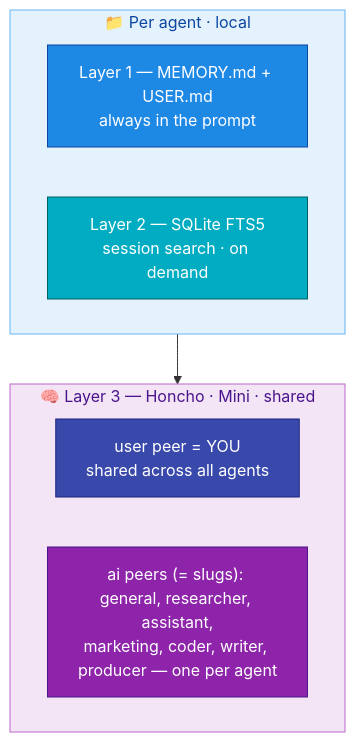
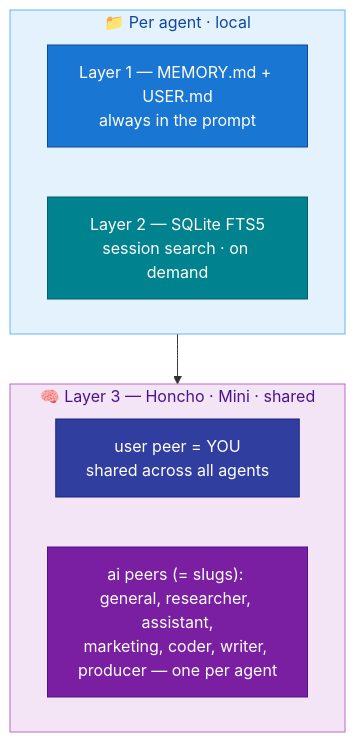
Before and after one commit to mpolatcan/hermes-setup: the first of 2 diagrams in docs/07-memory.md, drawn with Mermaid. The commit also changed other lines of this file and 9 other files, not shown here.

First line of the commit message:
docs: unify mermaid palette to Material Design (legible contrast)

````diff
--- a/docs/07-memory.md
+++ b/docs/07-memory.md
@@ -7,18 +7,18 @@
 ```mermaid
 flowchart TB
     subgraph per["📁 Per agent · local"]
         L1["Layer 1 — MEMORY.md + USER.md<br/>always in the prompt"]:::l1
         L2["Layer 2 — SQLite FTS5<br/>session search · on demand"]:::l2
     end
     subgraph hon["🧠 Layer 3 — Honcho · Mini · shared"]
         user["user peer = YOU<br/>shared across all agents"]:::user
         peers["ai peers (= slugs): general, researcher, assistant,<br/>marketing, coder, writer, producer — one per agent"]:::infra
     end
     per --> hon
-    classDef l1 fill:#1E88E5,stroke:#0D47A1,color:#fff
-    classDef l2 fill:#00ACC1,stroke:#006064,color:#fff
-    classDef user fill:#3949AB,stroke:#1A237E,color:#fff
-    classDef infra fill:#8E24AA,stroke:#4A148C,color:#fff
+    classDef l1 fill:#1976D2,stroke:#0D47A1,color:#fff
+    classDef l2 fill:#00838F,stroke:#006064,color:#fff
+    classDef user fill:#303F9F,stroke:#1A237E,color:#fff
+    classDef infra fill:#7B1FA2,stroke:#4A148C,color:#fff
     style per fill:#E3F2FD,stroke:#64B5F6,color:#0D47A1
     style hon fill:#F3E5F5,stroke:#BA68C8,color:#4A148C
 ```
````
